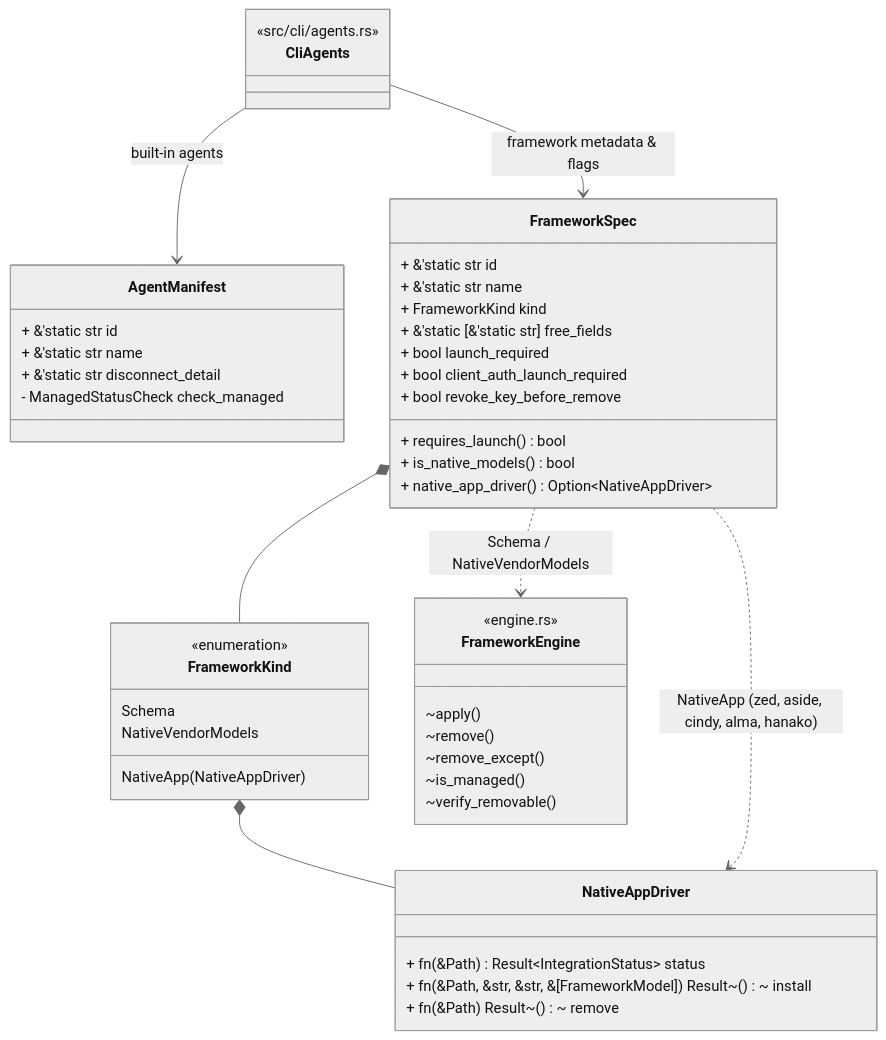
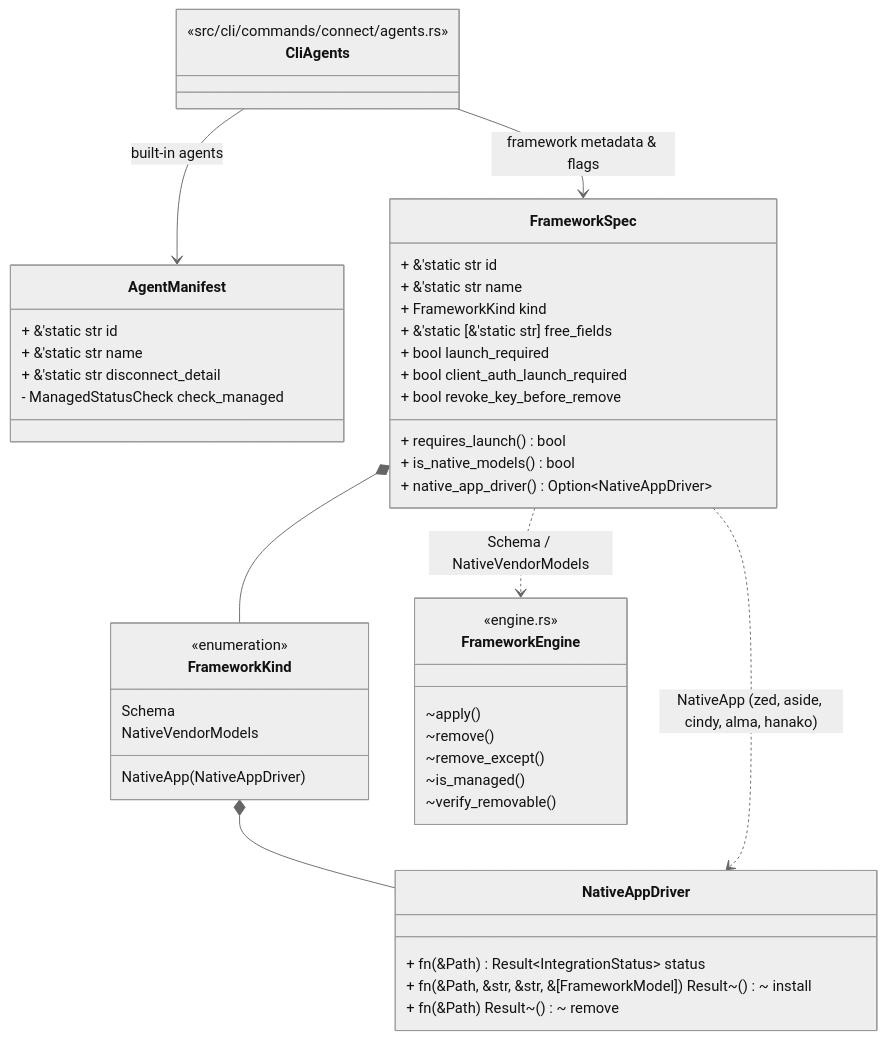
Before and after one commit to Edward-lyz/codex-mixin: the third of 5 diagrams in docs/abstraction-architecture.md, drawn with Mermaid (neutral theme). The commit also changed other lines of this file and 345 other files, not shown here.

First line of the commit message:
refactor(layout): organize library into 4 strict layers and unify cli/commands

````diff
--- a/docs/abstraction-architecture.md
+++ b/docs/abstraction-architecture.md
@@ -156,55 +156,55 @@
 ```mermaid
 classDiagram
     class AgentManifest {
         + &'static str id
         + &'static str name
         + &'static str disconnect_detail
         - ManagedStatusCheck check_managed
     }
 
     class FrameworkSpec {
         + &'static str id
         + &'static str name
         + FrameworkKind kind
         + &'static [&'static str] free_fields
         + bool launch_required
         + bool client_auth_launch_required
         + bool revoke_key_before_remove
         + requires_launch() bool
         + is_native_models() bool
         + native_app_driver() Option~NativeAppDriver~
     }
 
     class FrameworkKind {
         <<enumeration>>
         Schema
         NativeVendorModels
         NativeApp(NativeAppDriver)
     }
 
     class NativeAppDriver {
         + fn(&Path) Result~IntegrationStatus~ status
         + fn(&Path, &str, &str, &[FrameworkModel]) Result~()~ install
         + fn(&Path) Result~()~ remove
     }
 
     class FrameworkEngine {
         <<engine.rs>>
         ~apply()
         ~remove()
         ~remove_except()
         ~is_managed()
         ~verify_removable()
     }
 
     class CliAgents {
-        <<src/cli/agents.rs>>
+        <<src/cli/commands/connect/agents.rs>>
     }
 
     FrameworkSpec *-- FrameworkKind
     FrameworkKind *-- NativeAppDriver
     CliAgents --> AgentManifest : built-in agents
     CliAgents --> FrameworkSpec : framework metadata & flags
     FrameworkSpec ..> FrameworkEngine : Schema / NativeVendorModels
     FrameworkSpec ..> NativeAppDriver : NativeApp (zed, aside, cindy, alma, hanako)
 ```
````
